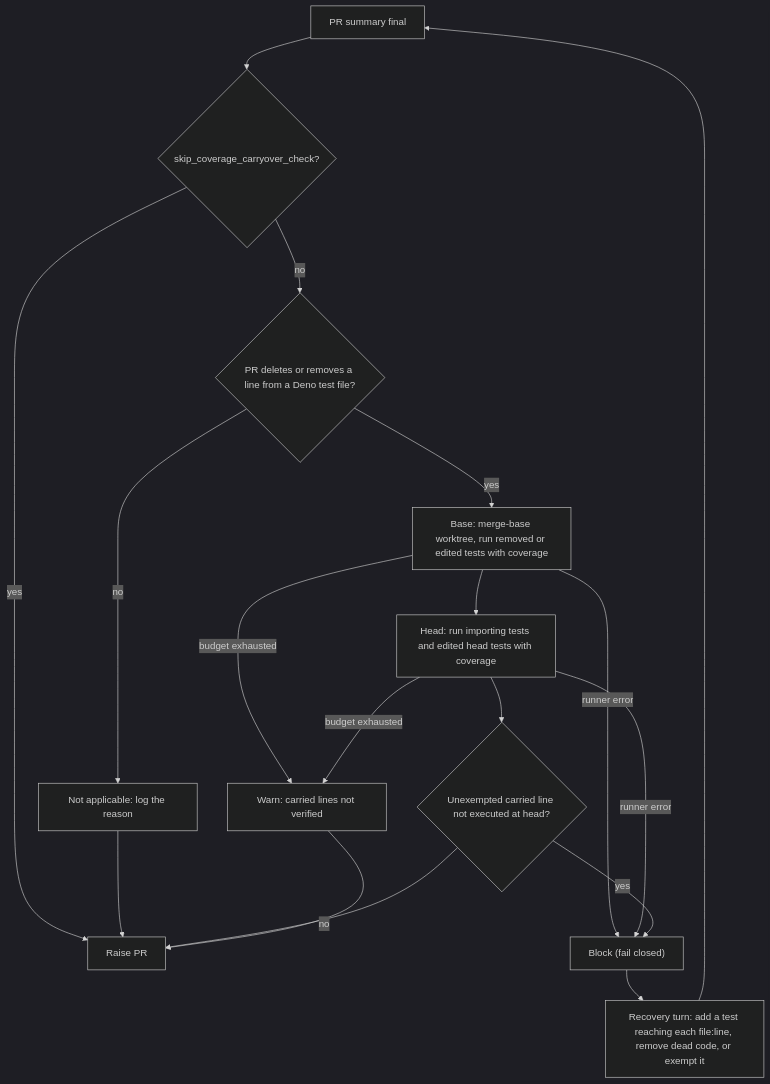
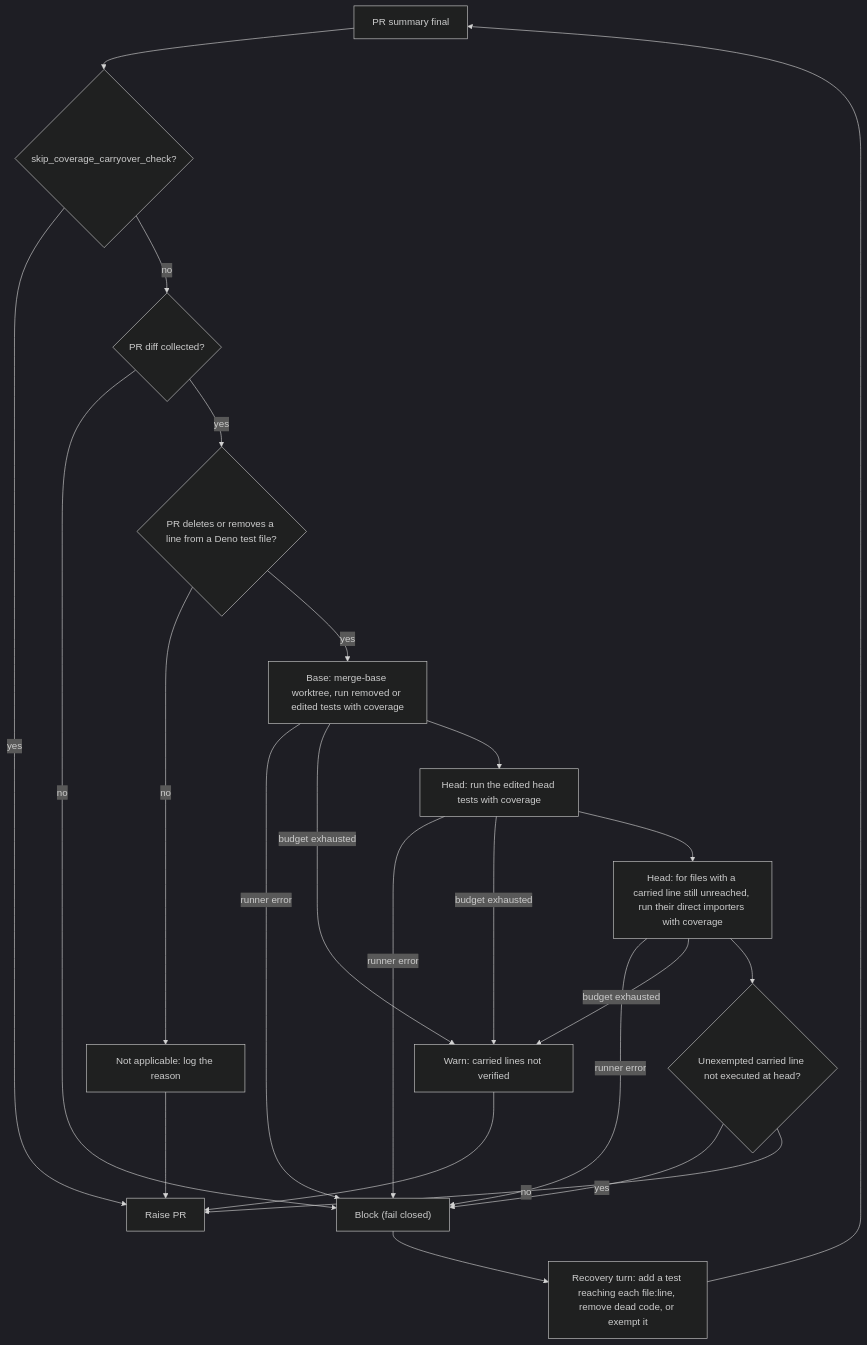
One commit to stSoftwareAU/VibeCoder changed the diagram in docs/coverage-carryover-check.md. Above: the diagram before and after it, drawn with Mermaid (dark theme). The commit also changed other lines of this file and 6 other files, not shown here.

First line of the commit message:
Coverage carry-over: narrow the head side and correct its docs (Issue #3795)

````diff
--- a/docs/coverage-carryover-check.md
+++ b/docs/coverage-carryover-check.md
@@ -29,20 +37,25 @@
 ```mermaid
 flowchart TD
     A["PR summary final"] --> B{"skip_coverage_carryover_check?"}
     B -- yes --> Z["Raise PR"]
-    B -- no --> C{"PR deletes or removes a line from a Deno test file?"}
+    B -- no --> P{"PR diff collected?"}
+    P -- no --> X
+    P -- yes --> C{"PR deletes or removes a line from a Deno test file?"}
     C -- no --> N["Not applicable: log the reason"]
     N --> Z
     C -- yes --> D["Base: merge-base worktree, run removed or edited tests with coverage"]
     D -- "runner error" --> X["Block (fail closed)"]
     D -- "budget exhausted" --> W["Warn: carried lines not verified"]
-    D --> E["Head: run importing tests and edited head tests with coverage"]
+    D --> E["Head: run the edited head tests with coverage"]
     E -- "runner error" --> X
     E -- "budget exhausted" --> W
-    E --> F{"Unexempted carried line not executed at head?"}
+    E --> I["Head: for files with a carried line still unreached, run their direct importers with coverage"]
+    I -- "runner error" --> X
+    I -- "budget exhausted" --> W
+    I --> F{"Unexempted carried line not executed at head?"}
     F -- yes --> X
     F -- no --> Z
     W --> Z
     X --> R["Recovery turn: add a test reaching each file:line, remove dead code, or exempt it"]
     R --> A
 ```
````
